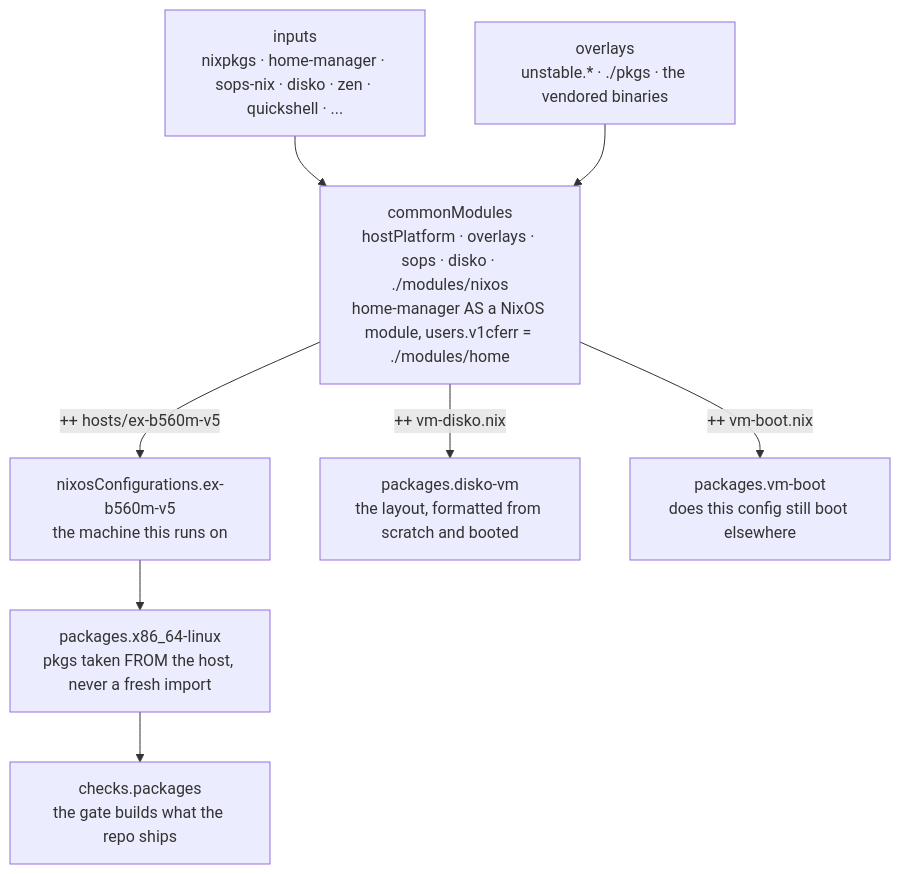
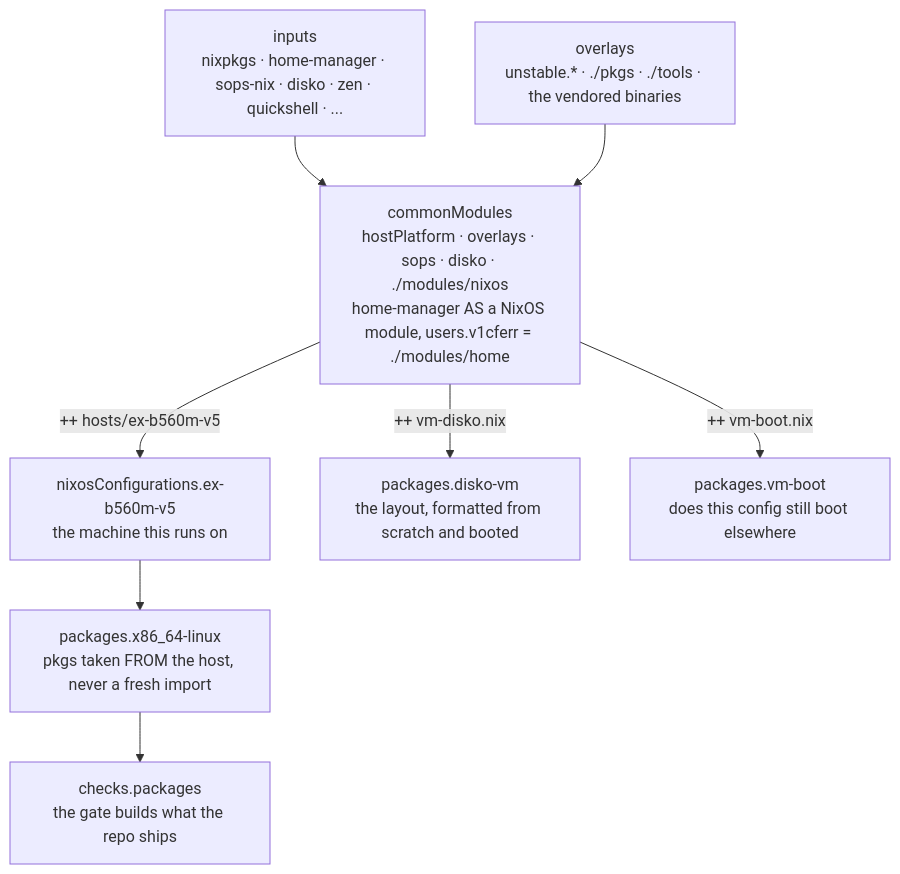
Before and after one commit to v1cferr/dotfiles: the diagram in docs/notes/repo/flake.md, drawn with Mermaid. The commit also changed 26 other files, not shown here.

First line of the commit message:
refactor(tools): move the repo's own tools out of pkgs/

````diff
--- a/docs/notes/repo/flake.md
+++ b/docs/notes/repo/flake.md
@@ -202,17 +202,17 @@
 ```mermaid
 flowchart TD
     I["inputs<br>nixpkgs · home-manager · sops-nix · disko · zen · quickshell · ..."]
-    O["overlays<br>unstable.* · ./pkgs · the vendored binaries"]
+    O["overlays<br>unstable.* · ./pkgs · ./tools · the vendored binaries"]
 
     I --> C
     O --> C
 
     C["commonModules<br>hostPlatform · overlays · sops · disko · ./modules/nixos<br>home-manager AS a NixOS module, users.v1cferr = ./modules/home"]
 
     C -->|"++ hosts/ex-b560m-v5"| H["nixosConfigurations.ex-b560m-v5<br>the machine this runs on"]
     C -->|"++ vm-disko.nix"| D["packages.disko-vm<br>the layout, formatted from scratch and booted"]
     C -->|"++ vm-boot.nix"| V["packages.vm-boot<br>does this config still boot elsewhere"]
 
     H --> P["packages.x86_64-linux<br>pkgs taken FROM the host, never a fresh import"]
     P --> K["checks.packages<br>the gate builds what the repo ships"]
 ```
````
